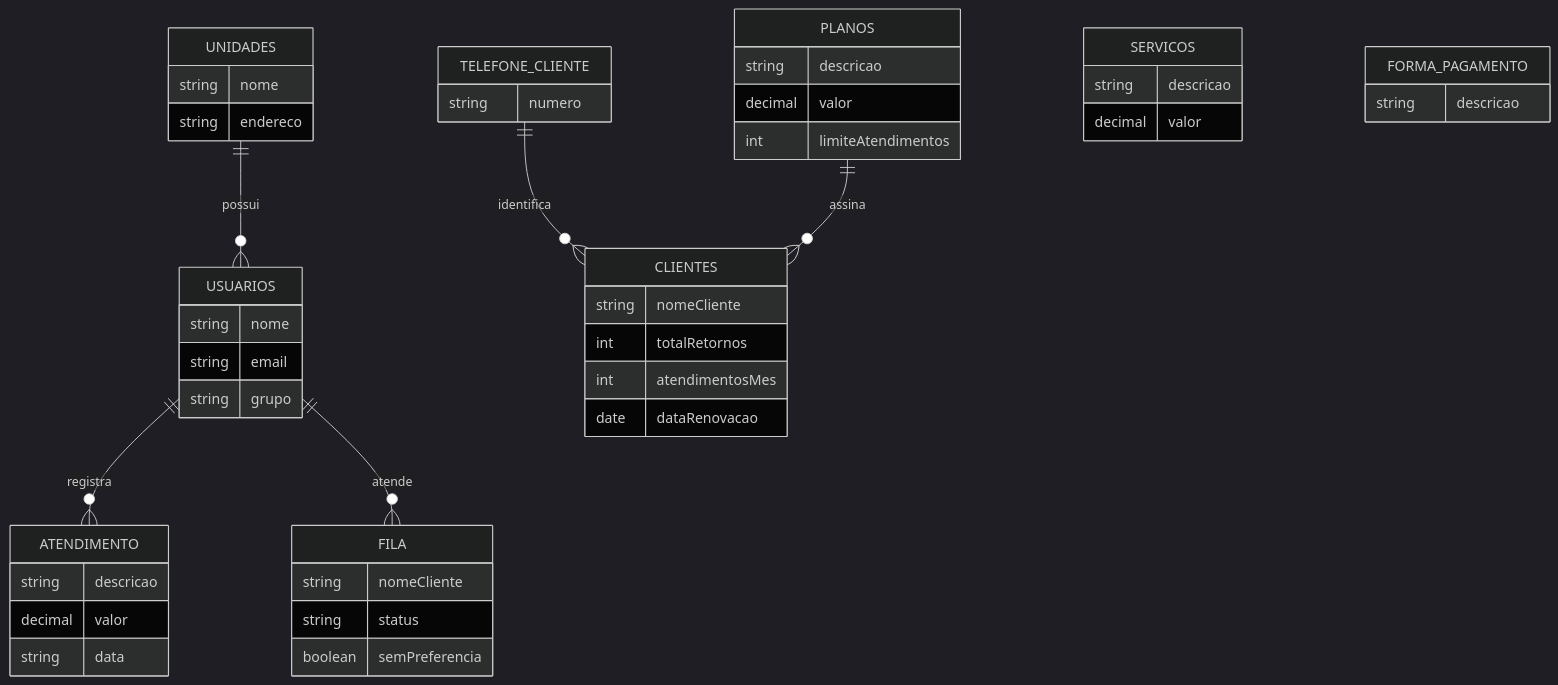
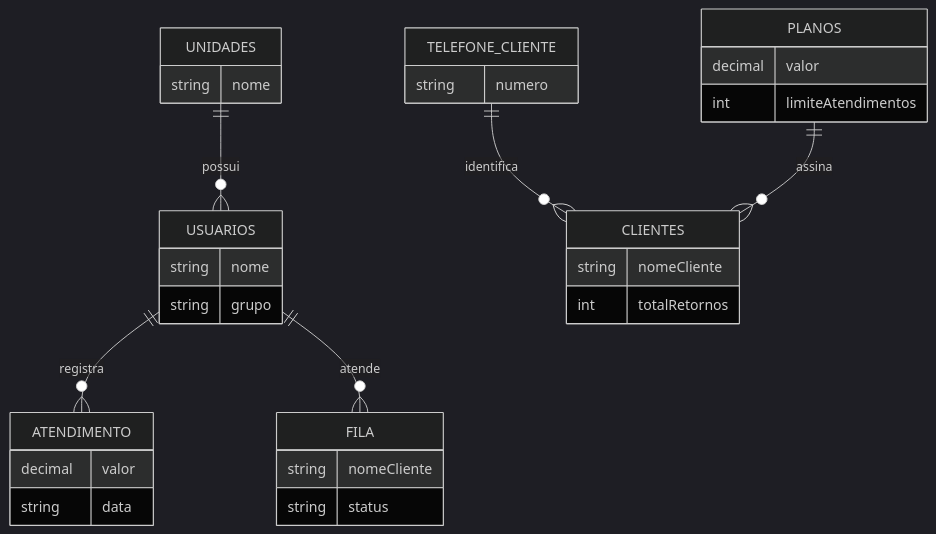
Before and after one commit to Thalles-Nascimento/zenix-app: the second of 2 diagrams in backend/README.md, drawn with Mermaid (dark theme). The commit also changed other lines of this file, not shown here.

````diff
--- a/backend/README.md
+++ b/backend/README.md
@@ -35,49 +64,35 @@
 ```mermaid
 erDiagram
     UNIDADES ||--o{ USUARIOS : possui
     USUARIOS ||--o{ ATENDIMENTO : registra
     USUARIOS ||--o{ FILA : atende
     TELEFONE_CLIENTE ||--o{ CLIENTES : identifica
     PLANOS ||--o{ CLIENTES : assina
 
     UNIDADES {
         string nome
-        string endereco
     }
     USUARIOS {
         string nome
-        string email
         string grupo
     }
     CLIENTES {
         string nomeCliente
         int totalRetornos
-        int atendimentosMes
-        date dataRenovacao
     }
     TELEFONE_CLIENTE {
         string numero
     }
     ATENDIMENTO {
-        string descricao
         decimal valor
         string data
     }
     FILA {
         string nomeCliente
         string status
-        boolean semPreferencia
     }
     PLANOS {
-        string descricao
         decimal valor
         int limiteAtendimentos
     }
-    SERVICOS {
-        string descricao
-        decimal valor
-    }
-    FORMA_PAGAMENTO {
-        string descricao
-    }
 ```
````
